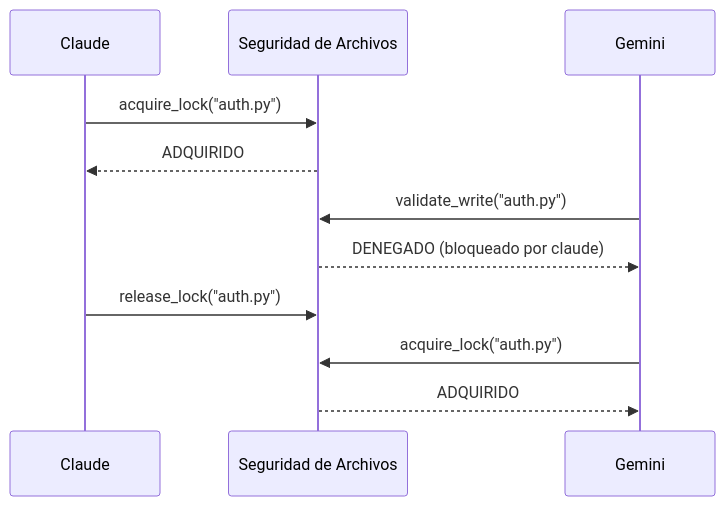
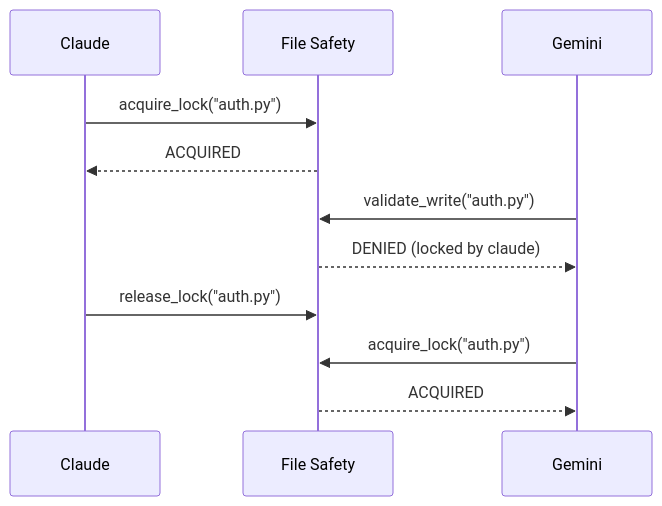
Before and after one commit to s-hiraoku/synapse-a2a: the fifth of 5 diagrams in README.ko.md, drawn with Mermaid. The commit also changed other lines of this file and 7 other files, not shown here.

````diff
--- a/README.ko.md
+++ b/README.ko.md
@@ -1171,16 +1074,16 @@
 ```mermaid
 sequenceDiagram
     participant Claude
-    participant FS as Seguridad de Archivos
+    participant FS as File Safety
     participant Gemini
 
     Claude->>FS: acquire_lock("auth.py")
-    FS-->>Claude: ADQUIRIDO
+    FS-->>Claude: ACQUIRED
 
     Gemini->>FS: validate_write("auth.py")
-    FS-->>Gemini: DENEGADO (bloqueado por claude)
+    FS-->>Gemini: DENIED (locked by claude)
 
     Claude->>FS: release_lock("auth.py")
     Gemini->>FS: acquire_lock("auth.py")
-    FS-->>Gemini: ADQUIRIDO
+    FS-->>Gemini: ACQUIRED
 ```
````
